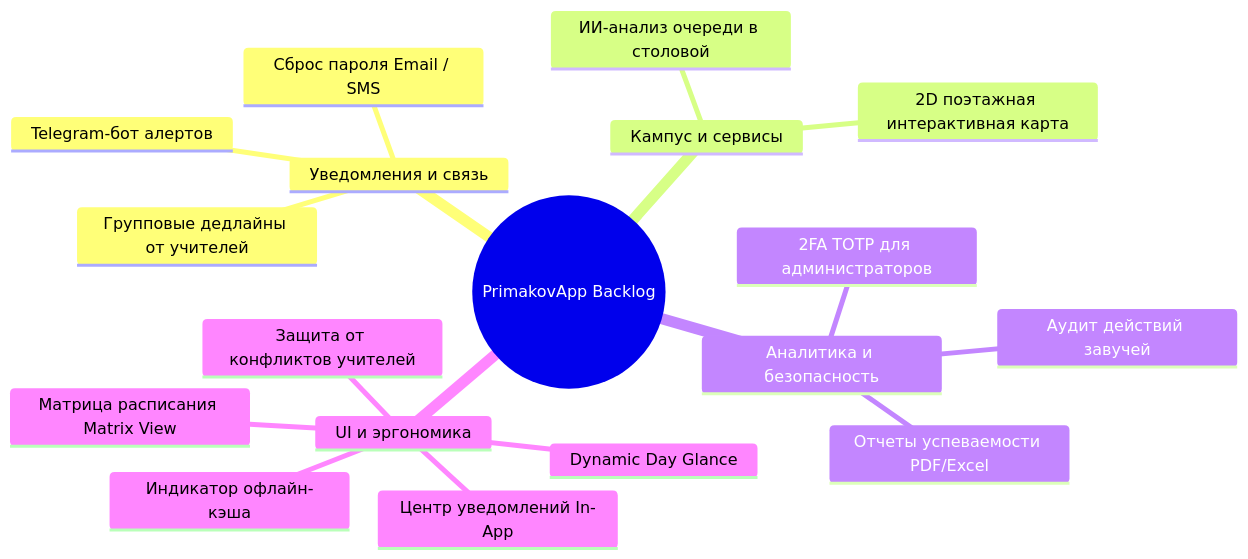
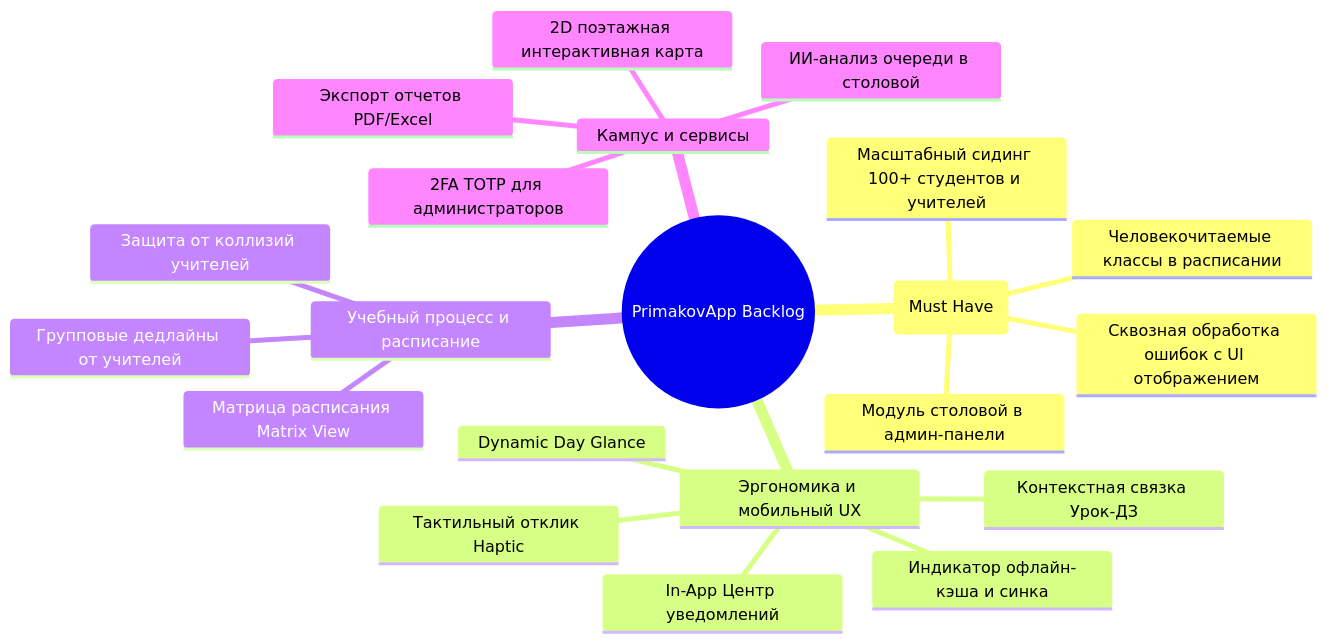
Before and after one commit to sashamosk17/PrimakovApp: the first of 2 diagrams in docs/features.md, drawn with Mermaid. The commit also changed other lines of this file and 42 other files, not shown here.

````diff
--- a/docs/features.md
+++ b/docs/features.md
@@ -71,21 +69,24 @@
 ```mermaid
 mindmap
   root((PrimakovApp Backlog))
-    Уведомления и связь
+    Наивысший приоритет (Must Have)
+      Сквозная обработка ошибок с UI отображением
+      Масштабный сидинг 100+ студентов и учителей
+      Человекочитаемые классы в расписании
+      Модуль столовой в админ-панели
+    Эргономика и мобильный UX
+      Индикатор офлайн-кэша и синка
+      In-App Центр уведомлений
+      Тактильный отклик Haptic
+      Dynamic Day Glance
+      Контекстная связка Урок-ДЗ
+    Учебный процесс и расписание
       Групповые дедлайны от учителей
-      Telegram-бот алертов
-      Сброс пароля Email / SMS
+      Защита от коллизий учителей
+      Матрица расписания Matrix View
     Кампус и сервисы
       2D поэтажная интерактивная карта
+      Экспорт отчетов PDF/Excel
+      2FA TOTP для администраторов
       ИИ-анализ очереди в столовой
-    Аналитика и безопасность
-      Отчеты успеваемости PDF/Excel
-      2FA TOTP для администраторов
-      Аудит действий завучей
-    UI и эргономика
-      Dynamic Day Glance
-      Центр уведомлений In-App
-      Индикатор офлайн-кэша
-      Матрица расписания Matrix View
-      Защита от конфликтов учителей
 ```
````
